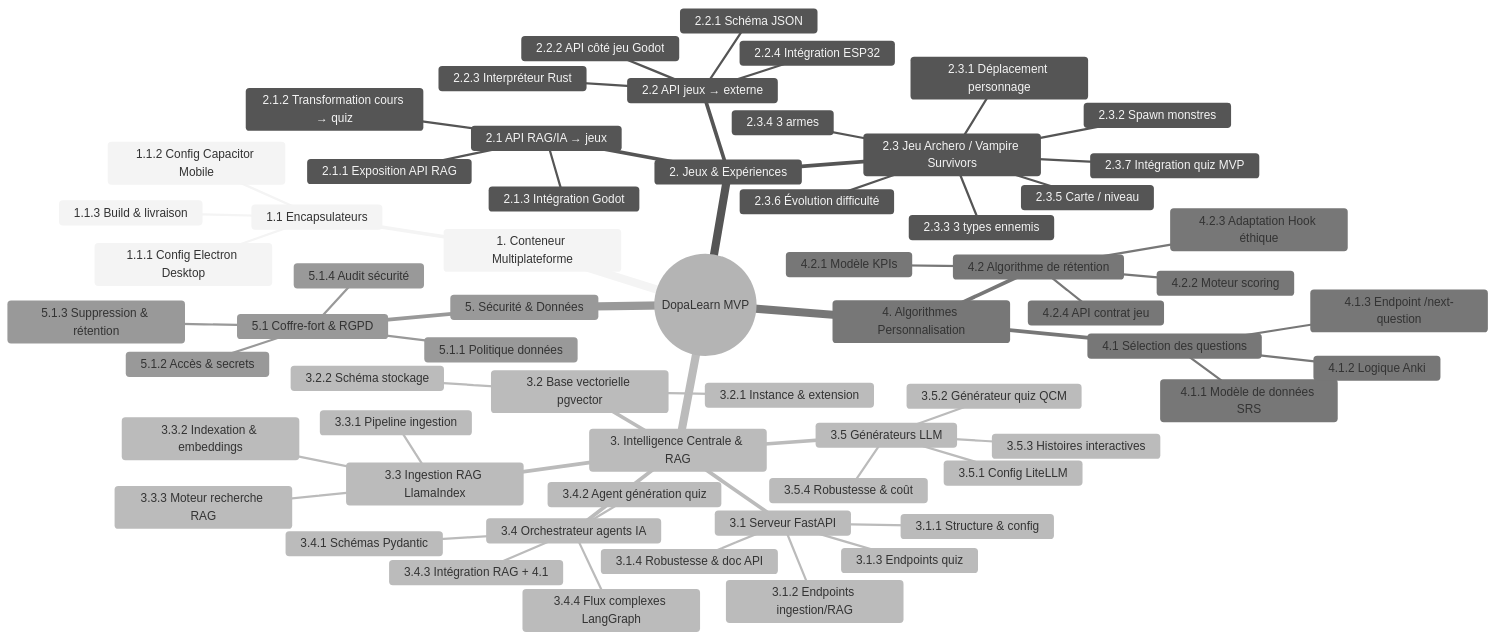
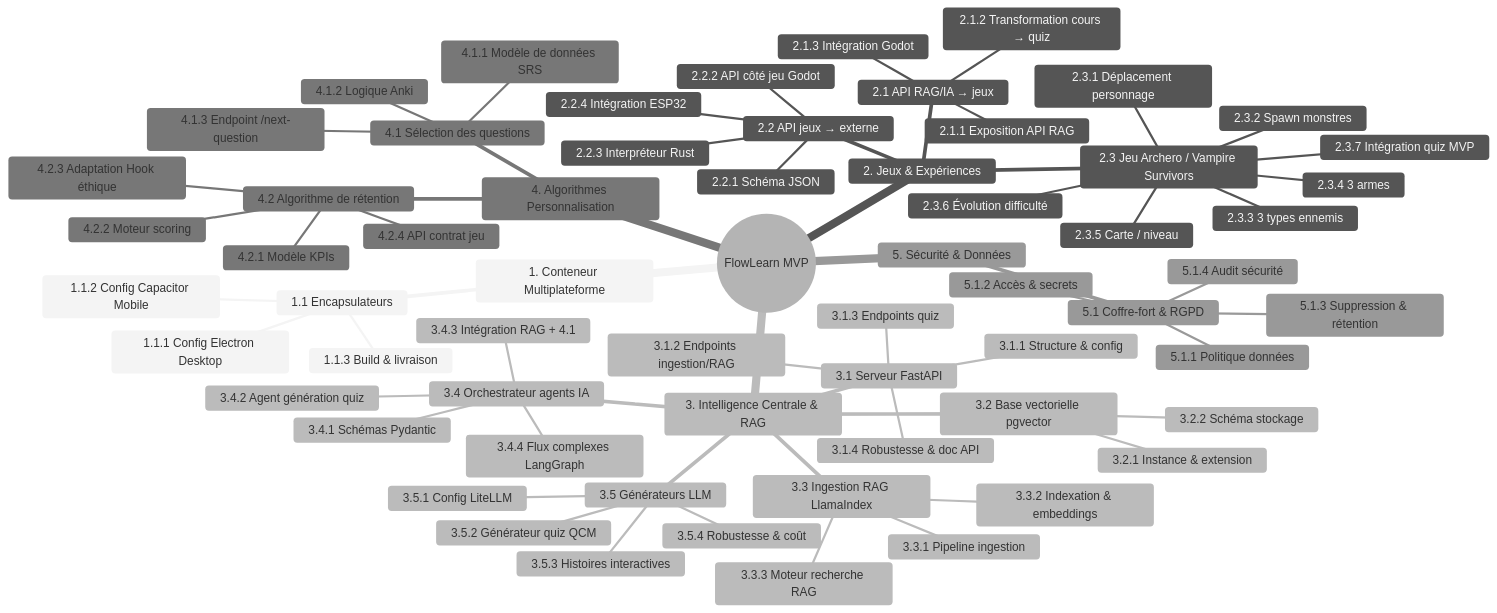
The first of 3 diagrams in Projet/Document/3-a-revoir/mvp-pbs-dod/wbs/archives/schema-wbs-global.md (lucavdb06/flowlearn), drawn with Mermaid (neutral theme) before and after one commit. The commit also changed other lines of this file and 36 other files, not shown here.

Commit message:
refactor: update product name from DopaLearn to FlowLearn across multiple documents and adjust HTML structure for consistency

````diff
--- a/Projet/Document/3-a-revoir/mvp-pbs-dod/wbs/archives/schema-wbs-global.md
+++ b/Projet/Document/3-a-revoir/mvp-pbs-dod/wbs/archives/schema-wbs-global.md
@@ -27,66 +27,66 @@
 ```mermaid
 mindmap
-  root((DopaLearn MVP))
+  root((FlowLearn MVP))
     1. Conteneur Multiplateforme
       1.1 Encapsulateurs
         1.1.1 Config Electron Desktop
         1.1.2 Config Capacitor Mobile
         1.1.3 Build & livraison
     2. Jeux & Expériences
       2.1 API RAG/IA → jeux
         2.1.1 Exposition API RAG
         2.1.2 Transformation cours → quiz
         2.1.3 Intégration Godot
       2.2 API jeux → externe
         2.2.1 Schéma JSON
         2.2.2 API côté jeu Godot
         2.2.3 Interpréteur Rust
         2.2.4 Intégration ESP32
       2.3 Jeu Archero / Vampire Survivors
         2.3.1 Déplacement personnage
         2.3.2 Spawn monstres
         2.3.3 3 types ennemis
         2.3.4 3 armes
         2.3.5 Carte / niveau
         2.3.6 Évolution difficulté
         2.3.7 Intégration quiz MVP
     3. Intelligence Centrale & RAG
       3.1 Serveur FastAPI
         3.1.1 Structure & config
         3.1.2 Endpoints ingestion/RAG
         3.1.3 Endpoints quiz
         3.1.4 Robustesse & doc API
       3.2 Base vectorielle pgvector
         3.2.1 Instance & extension
         3.2.2 Schéma stockage
       3.3 Ingestion RAG LlamaIndex
         3.3.1 Pipeline ingestion
         3.3.2 Indexation & embeddings
         3.3.3 Moteur recherche RAG
       3.4 Orchestrateur agents IA
         3.4.1 Schémas Pydantic
         3.4.2 Agent génération quiz
         3.4.3 Intégration RAG + 4.1
         3.4.4 Flux complexes LangGraph
       3.5 Générateurs LLM
         3.5.1 Config LiteLLM
         3.5.2 Générateur quiz QCM
         3.5.3 Histoires interactives
         3.5.4 Robustesse & coût
     4. Algorithmes Personnalisation
       4.1 Sélection des questions
         4.1.1 Modèle de données SRS
         4.1.2 Logique Anki
         4.1.3 Endpoint /next-question
       4.2 Algorithme de rétention
         4.2.1 Modèle KPIs
         4.2.2 Moteur scoring
         4.2.3 Adaptation Hook éthique
         4.2.4 API contrat jeu
     5. Sécurité & Données
       5.1 Coffre-fort & RGPD
         5.1.1 Politique données
         5.1.2 Accès & secrets
         5.1.3 Suppression & rétention
         5.1.4 Audit sécurité
 ```
````
